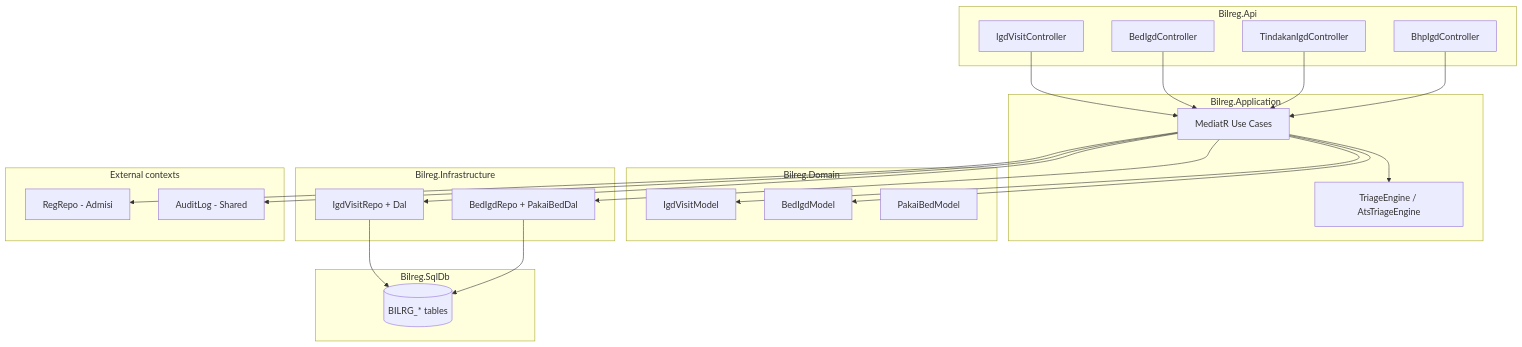
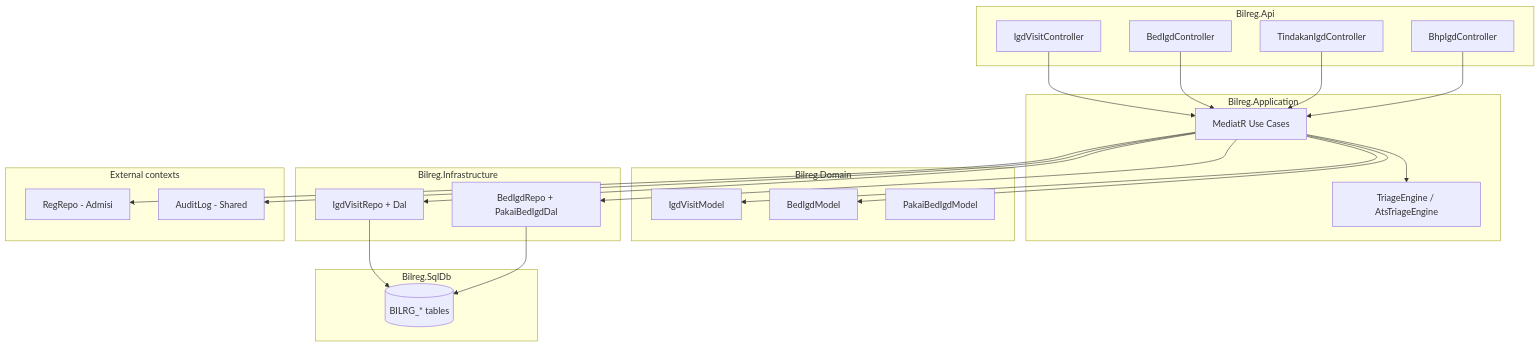
Before and after one commit to smart-ics/b09-bilreg-api: the diagram in docs/contexts/igd/igd-03-design.md, drawn with Mermaid. The commit also changed other lines of this file and 32 other files, not shown here.

Commit message:
Ubah terminologi PakaiBed di IGD menjadi PakaiBedIgd. Tujuannya agar tidak salah pengertian dengan PakaiBed Rawat Inap

````diff
--- a/docs/contexts/igd/igd-03-design.md
+++ b/docs/contexts/igd/igd-03-design.md
@@ -15,43 +15,43 @@
 ```mermaid
 flowchart TB
     subgraph Api["Bilreg.Api"]
         IVC[IgdVisitController]
         BIC[BedIgdController]
         TIC[TindakanIgdController]
         BHC[BhpIgdController]
     end
     subgraph App["Bilreg.Application"]
         UC[MediatR Use Cases]
         TE[TriageEngine / AtsTriageEngine]
     end
     subgraph Domain["Bilreg.Domain"]
         IVM[IgdVisitModel]
         BED[BedIgdModel]
-        PBM[PakaiBedModel]
+        PBM[PakaiBedIgdModel]
     end
     subgraph Infra["Bilreg.Infrastructure"]
         IVR[IgdVisitRepo + Dal]
-        BRR[BedIgdRepo + PakaiBedDal]
+        BRR[BedIgdRepo + PakaiBedIgdDal]
     end
     subgraph Sql["Bilreg.SqlDb"]
         TBL[(BILRG_* tables)]
     end
     subgraph External["External contexts"]
         REG[RegRepo - Admisi]
         AUD[AuditLog - Shared]
     end
 
     IVC --> UC
     BIC --> UC
     TIC --> UC
     BHC --> UC
     UC --> IVM
     UC --> BED
     UC --> TE
     UC --> IVR
     UC --> BRR
     UC --> REG
     UC --> AUD
     IVR --> TBL
     BRR --> TBL
 ```
````
